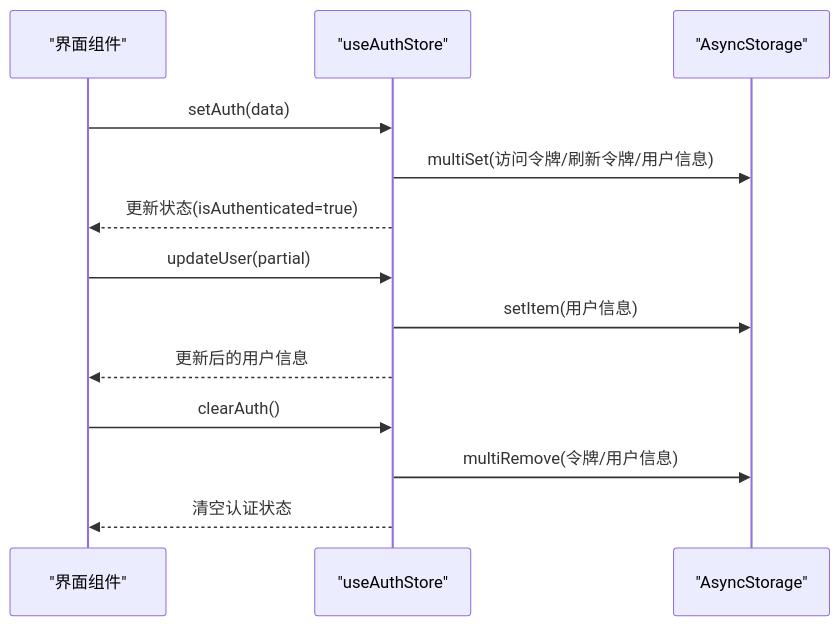
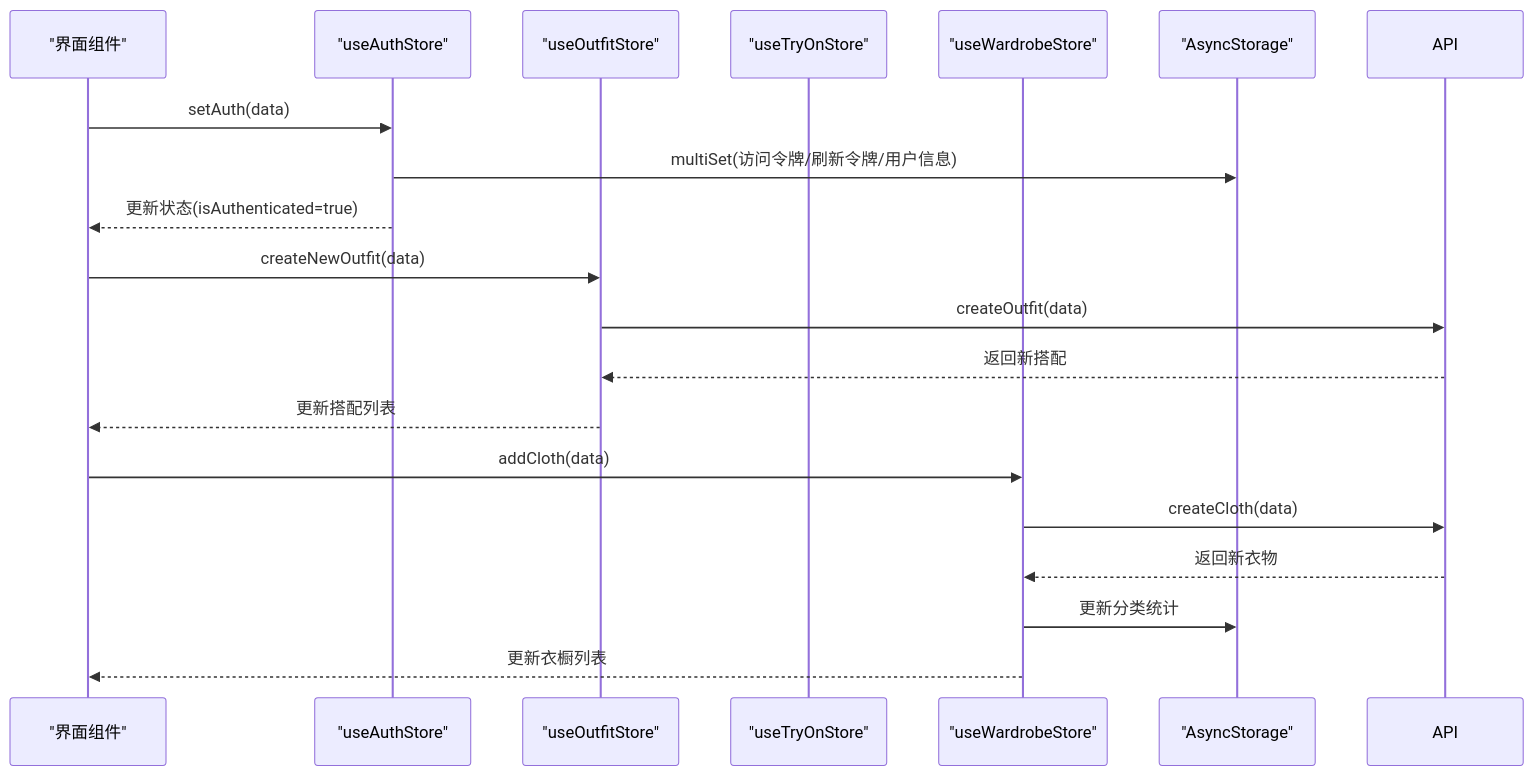
The fourth of 7 diagrams in .qoder/repowiki/zh/content/前端开发指南/前端开发指南.md (lsqwawa/free-dress), drawn with Mermaid before and after one commit. The commit also changed other lines of this file and 74 other files, not shown here.

````diff
--- a/.qoder/repowiki/zh/content/前端开发指南/前端开发指南.md
+++ b/.qoder/repowiki/zh/content/前端开发指南/前端开发指南.md
@@ -203,15 +290,21 @@
 ```mermaid
 sequenceDiagram
 participant UI as "界面组件"
-participant Store as "useAuthStore"
+participant AuthStore as "useAuthStore"
+participant OutfitStore as "useOutfitStore"
+participant TryOnStore as "useTryOnStore"
+participant WardrobeStore as "useWardrobeStore"
 participant Storage as "AsyncStorage"
-UI->>Store : setAuth(data)
-Store->>Storage : multiSet(访问令牌/刷新令牌/用户信息)
-Store-->>UI : 更新状态(isAuthenticated=true)
-UI->>Store : updateUser(partial)
-Store->>Storage : setItem(用户信息)
-Store-->>UI : 更新后的用户信息
-UI->>Store : clearAuth()
-Store->>Storage : multiRemove(令牌/用户信息)
-Store-->>UI : 清空认证状态
+UI->>AuthStore : setAuth(data)
+AuthStore->>Storage : multiSet(访问令牌/刷新令牌/用户信息)
+AuthStore-->>UI : 更新状态(isAuthenticated=true)
+UI->>OutfitStore : createNewOutfit(data)
+OutfitStore->>API : createOutfit(data)
+API-->>OutfitStore : 返回新搭配
+OutfitStore-->>UI : 更新搭配列表
+UI->>WardrobeStore : addCloth(data)
+WardrobeStore->>API : createCloth(data)
+API-->>WardrobeStore : 返回新衣物
+WardrobeStore->>Storage : 更新分类统计
+WardrobeStore-->>UI : 更新衣橱列表
 ```
````
